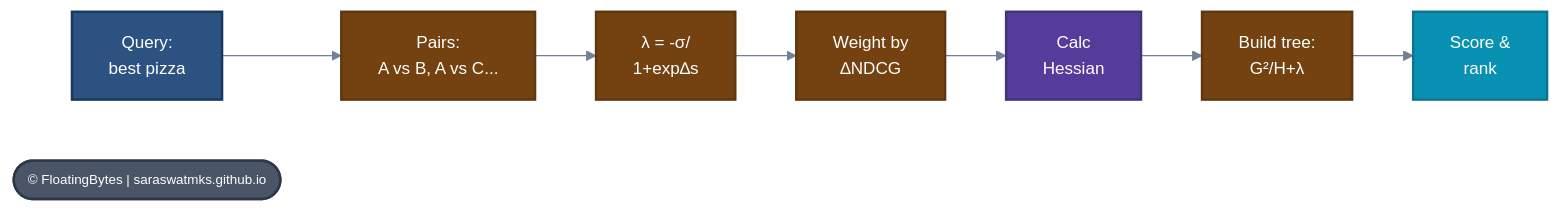
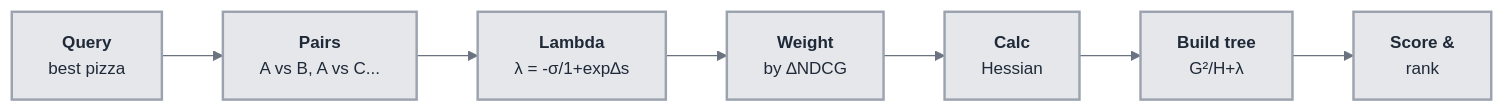
The second of 4 diagrams in _posts/2026/2026-02-07-lightgbm_pairwise_lambdarank.md (saraswatmks/saraswatmks.github.com), drawn with Mermaid before and after one commit. The commit also changed other lines of this file, not shown here.

Commit message:
Final Mermaid diagram cleanup: remove emojis, add grey background

````diff
--- a/_posts/2026/2026-02-07-lightgbm_pairwise_lambdarank.md
+++ b/_posts/2026/2026-02-07-lightgbm_pairwise_lambdarank.md
@@ -129,35 +127,31 @@
 ```mermaid
 %%{init: {
   'theme': 'base',
   'themeVariables': {
-    'primaryColor': '#2C5282',
-    'primaryTextColor': '#FFFFFF',
-    'primaryBorderColor': '#1A365D',
-    'lineColor': '#718096',
-    'secondaryColor': '#744210',
-    'tertiaryColor': '#0891B2',
+    'primaryColor': '#E5E7EB',
+    'primaryTextColor': '#1F2937',
+    'primaryBorderColor': '#9CA3AF',
+    'lineColor': '#6B7280',
     'fontSize': '14px',
-    'fontFamily': 'system-ui, -apple-system, sans-serif'
+    'fontFamily': 'system-ui, -apple-system, sans-serif',
+    'background': '#F3F4F6'
   }
 }}%%
 
 flowchart LR
-    A[Query:<br/>best pizza] --> B[Pairs:<br/>A vs B, A vs C...]
-    B --> C[λ = -σ/<br/>1+exp∆s]
-    C --> D[Weight by<br/>∆NDCG]
-    D --> E[Calc<br/>Hessian]
-    E --> F[Build tree:<br/>G²/H+λ]
-    F --> G[Score &<br/>rank]
+    A[<b>Query</b><br/>best pizza] --> B[<b>Pairs</b><br/>A vs B, A vs C...]
+    B --> C[<b>Lambda</b><br/>λ = -σ/1+exp∆s]
+    C --> D[<b>Weight</b><br/>by ∆NDCG]
+    D --> E[<b>Calc</b><br/>Hessian]
+    E --> F[<b>Build tree</b><br/>G²/H+λ]
+    F --> G[<b>Score &</b><br/>rank]
 
-    WM(["© FloatingBytes | saraswatmks.github.io"])
-
-    style A fill:#2C5282,stroke:#1A365D,stroke-width:2px,color:#FFFFFF
-    style B fill:#744210,stroke:#5F370E,stroke-width:2px,color:#FFFFFF
-    style C fill:#744210,stroke:#5F370E,stroke-width:2px,color:#FFFFFF
-    style D fill:#744210,stroke:#5F370E,stroke-width:2px,color:#FFFFFF
-    style E fill:#553C9A,stroke:#44337A,stroke-width:2px,color:#FFFFFF
-    style F fill:#744210,stroke:#5F370E,stroke-width:2px,color:#FFFFFF
-    style G fill:#0891B2,stroke:#0E7490,stroke-width:2px,color:#FFFFFF
-    style WM fill:#4A5568,stroke:#2D3748,stroke-width:2px,color:#FFFFFF,font-size:11px
+    style A fill:#E5E7EB,stroke:#9CA3AF,stroke-width:2px,color:#1F2937
+    style B fill:#E5E7EB,stroke:#9CA3AF,stroke-width:2px,color:#1F2937
+    style C fill:#E5E7EB,stroke:#9CA3AF,stroke-width:2px,color:#1F2937
+    style D fill:#E5E7EB,stroke:#9CA3AF,stroke-width:2px,color:#1F2937
+    style E fill:#E5E7EB,stroke:#9CA3AF,stroke-width:2px,color:#1F2937
+    style F fill:#E5E7EB,stroke:#9CA3AF,stroke-width:2px,color:#1F2937
+    style G fill:#E5E7EB,stroke:#9CA3AF,stroke-width:2px,color:#1F2937
 
 ```
````
